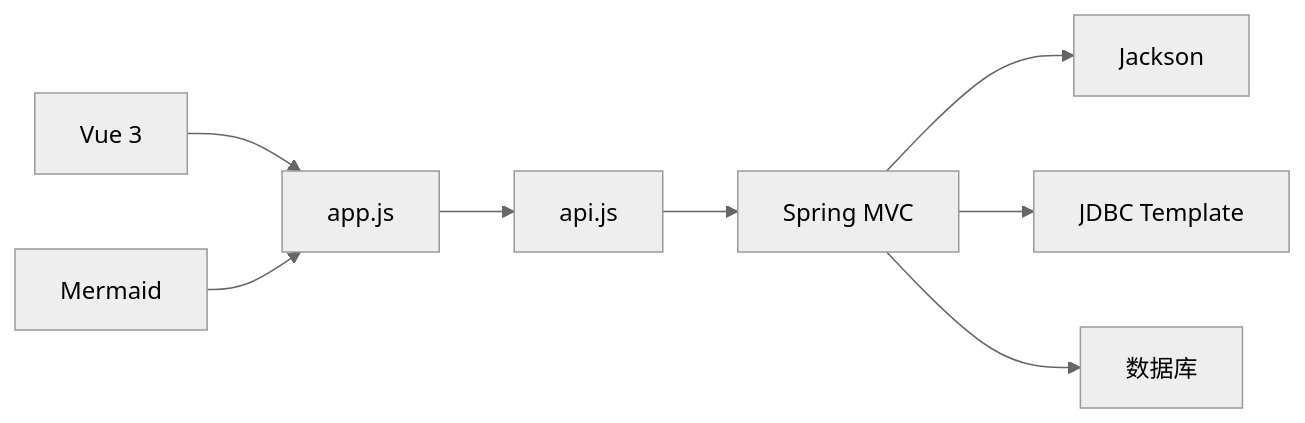
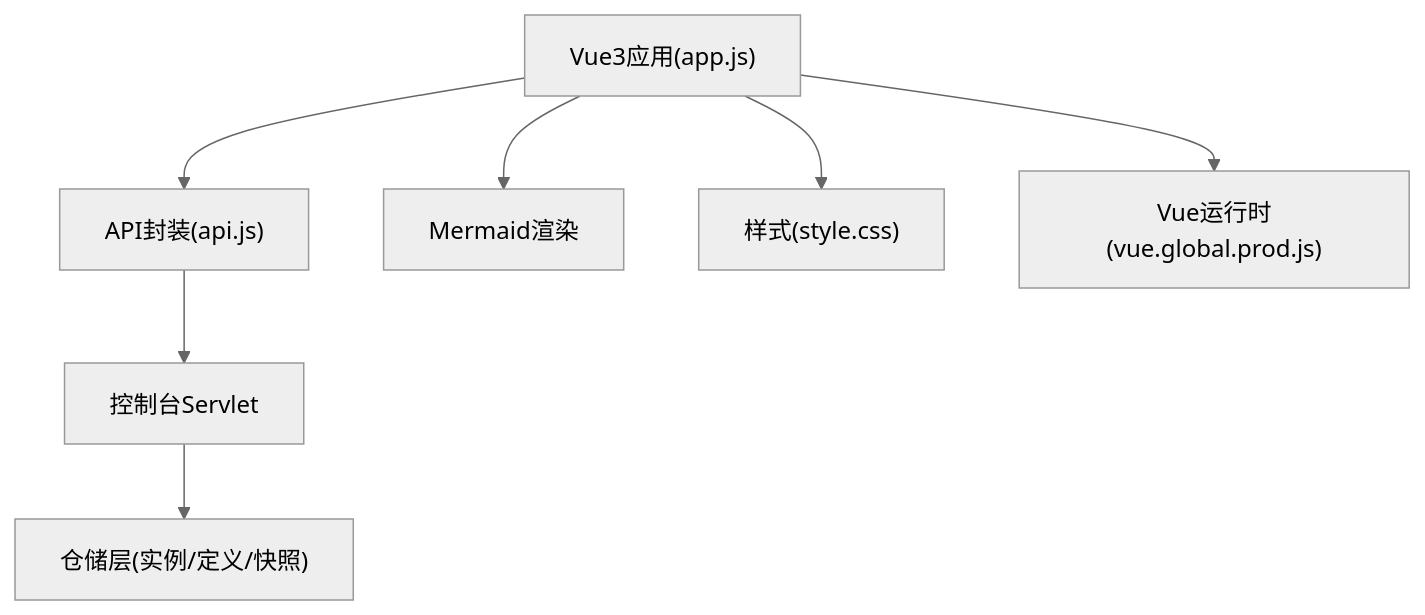
The sixth of 6 diagrams in .qoder/repowiki/zh/content/管理控制台/管理控制台.md (xiaoche80s-tech/state-machine-parent), drawn with Mermaid (neutral theme) before and after one commit. The commit also changed other lines of this file and 97 other files, not shown here.

````diff
--- a/.qoder/repowiki/zh/content/管理控制台/管理控制台.md
+++ b/.qoder/repowiki/zh/content/管理控制台/管理控制台.md
@@ -378,10 +361,9 @@
 ```mermaid
-graph LR
-Vue["Vue 3"] --> AppJS["app.js"]
-Mermaid["Mermaid"] --> AppJS
-AppJS --> APIJS["api.js"]
-APIJS --> Spring["Spring MVC"]
-Spring --> Jackson["Jackson"]
-Spring --> JDBC["JDBC Template"]
-Spring --> DB["数据库"]
+graph TB
+Vue["Vue3应用(app.js)"] --> API["API封装(api.js)"]
+API --> Servlet["控制台Servlet"]
+Servlet --> Repo["仓储层(实例/定义/快照)"]
+Vue --> Mermaid["Mermaid渲染"]
+Vue --> Style["样式(style.css)"]
+Vue --> Runtime["Vue运行时(vue.global.prod.js)"]
 ```
````
